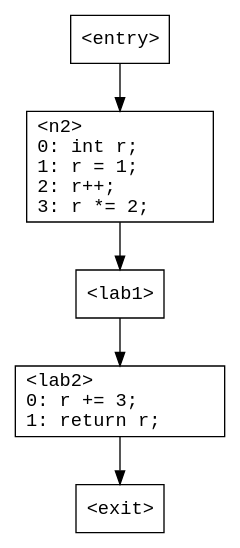
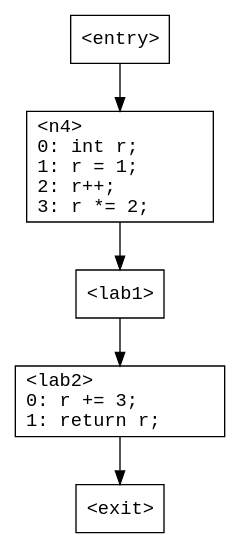
One commit to ashalkhakov/Tarp changed the diagram in TarpTests/Cfg/Data/TestLabel.gv. Above: the diagram before and after it, drawn with Graphviz. The commit also changed 5 other files, not shown here.

```diff
--- a/TarpTests/Cfg/Data/TestLabel.gv
+++ b/TarpTests/Cfg/Data/TestLabel.gv
@@ -1,22 +1,22 @@
 digraph G
 {
     n0 [ shape = "box"
              fontname = "Monospace"
              label = "<entry>\l" ];
-      n0 -> n2;
+      n0 -> n4;
     n1 [ shape = "box"
              fontname = "Monospace"
              label = "<exit>\l" ];
     n2 [ shape = "box"
              fontname = "Monospace"
-             label = "<n2>\l0:	int r;\l1:	r = 1;\l2:	r++;\l3:	r *= 2;\l" ];
+             label = "<lab1>\l" ];
       n2 -> n3;
     n3 [ shape = "box"
              fontname = "Monospace"
-             label = "<lab1>\l" ];
-      n3 -> n4;
+             label = "<lab2>\l0:	r += 3;\l1:	return r;\l" ];
+      n3 -> n1;
     n4 [ shape = "box"
              fontname = "Monospace"
-             label = "<lab2>\l0:	r += 3;\l1:	return r;\l" ];
-      n4 -> n1;
+             label = "<n4>\l0:	int r;\l1:	r = 1;\l2:	r++;\l3:	r *= 2;\l" ];
+      n4 -> n2;
 }
```
